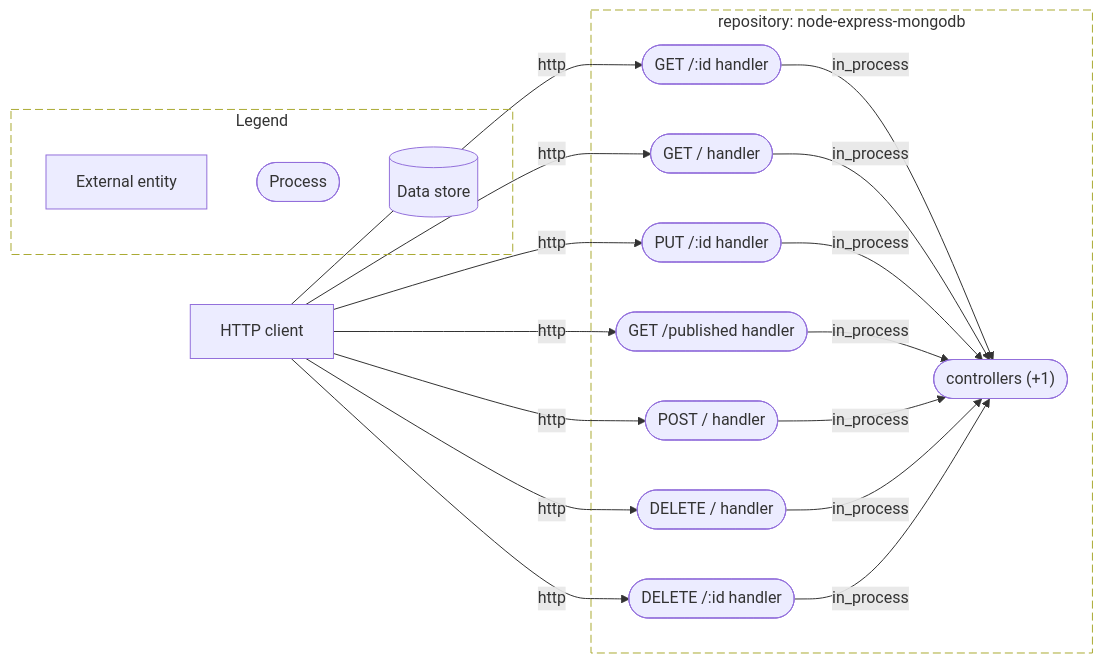
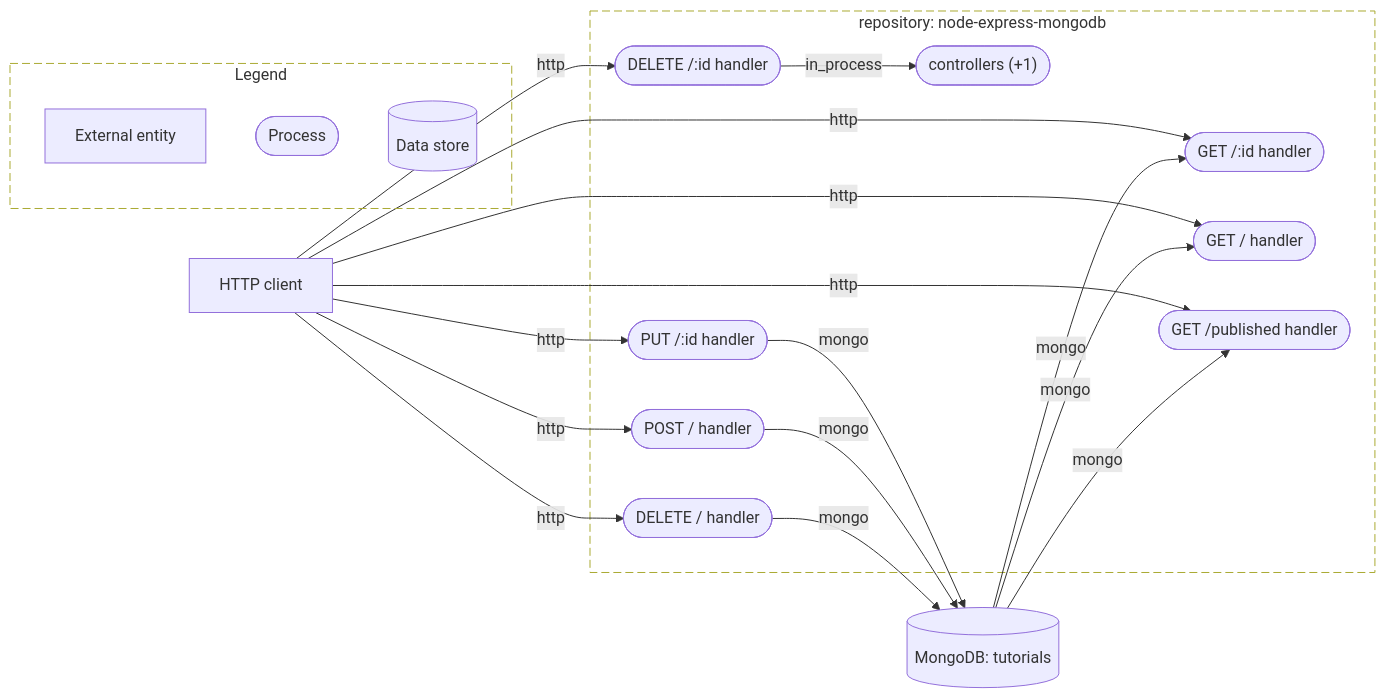
The diagram in evaluation/node-express-mongodb/diagrams/dfd-l2-jtcosnfmpa.mmd (AskShri/code2designmapping), drawn with Mermaid before and after one commit. The commit also changed 164 other files, not shown here.

```diff
--- a/evaluation/node-express-mongodb/diagrams/dfd-l2-jtcosnfmpa.mmd
+++ b/evaluation/node-express-mongodb/diagrams/dfd-l2-jtcosnfmpa.mmd
@@ -1,34 +1,35 @@
 %% L2: routes
 flowchart LR
   subgraph bnd_fg4rasskqa["repository: node-express-mongodb"]
     proc_4m2ysdt4j4(["GET /:id handler"])
     proc_asmvuz3gji(["GET / handler"])
     proc_m53v3pusca(["controllers (+1)"])
     proc_r3saircepp(["PUT /:id handler"])
     proc_s2dv344aux(["GET /published handler"])
     proc_tm2f7cfmv3(["POST / handler"])
     proc_uz7oqxeuuh(["DELETE / handler"])
     proc_zfnmjioymc(["DELETE /:id handler"])
   end
   ext_sga4qktkap["HTTP client"]
+  store_uujc2npyud[("MongoDB: tutorials")]
   ext_sga4qktkap -->|"http"| proc_4m2ysdt4j4
   ext_sga4qktkap -->|"http"| proc_asmvuz3gji
   ext_sga4qktkap -->|"http"| proc_r3saircepp
   ext_sga4qktkap -->|"http"| proc_s2dv344aux
   ext_sga4qktkap -->|"http"| proc_tm2f7cfmv3
   ext_sga4qktkap -->|"http"| proc_uz7oqxeuuh
   ext_sga4qktkap -->|"http"| proc_zfnmjioymc
-  proc_4m2ysdt4j4 -->|"in_process"| proc_m53v3pusca
-  proc_asmvuz3gji -->|"in_process"| proc_m53v3pusca
-  proc_r3saircepp -->|"in_process"| proc_m53v3pusca
-  proc_s2dv344aux -->|"in_process"| proc_m53v3pusca
-  proc_tm2f7cfmv3 -->|"in_process"| proc_m53v3pusca
-  proc_uz7oqxeuuh -->|"in_process"| proc_m53v3pusca
+  proc_r3saircepp -->|"mongo"| store_uujc2npyud
+  proc_tm2f7cfmv3 -->|"mongo"| store_uujc2npyud
+  proc_uz7oqxeuuh -->|"mongo"| store_uujc2npyud
   proc_zfnmjioymc -->|"in_process"| proc_m53v3pusca
+  store_uujc2npyud -->|"mongo"| proc_4m2ysdt4j4
+  store_uujc2npyud -->|"mongo"| proc_asmvuz3gji
+  store_uujc2npyud -->|"mongo"| proc_s2dv344aux
   style bnd_fg4rasskqa stroke-dasharray: 8 4,fill:none
   subgraph legend["Legend"]
     lg_e["External entity"]
     lg_p(["Process"])
     lg_s[("Data store")]
   end
   style legend stroke-dasharray: 8 4,fill:none
```
